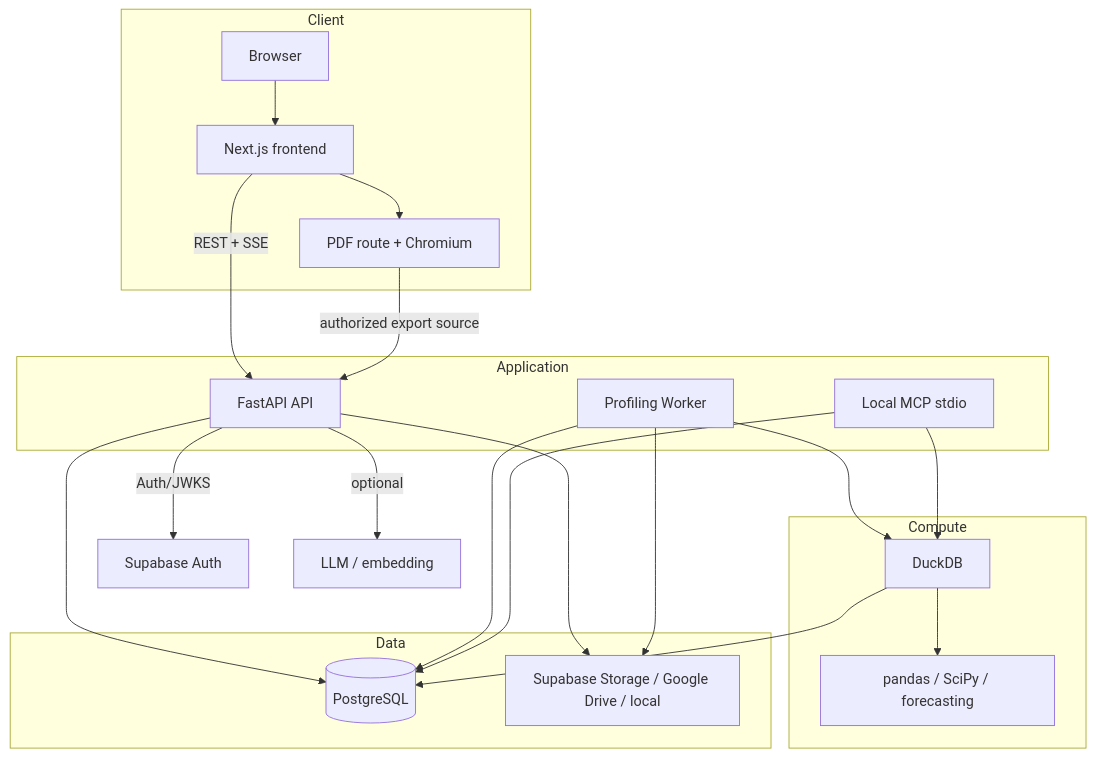
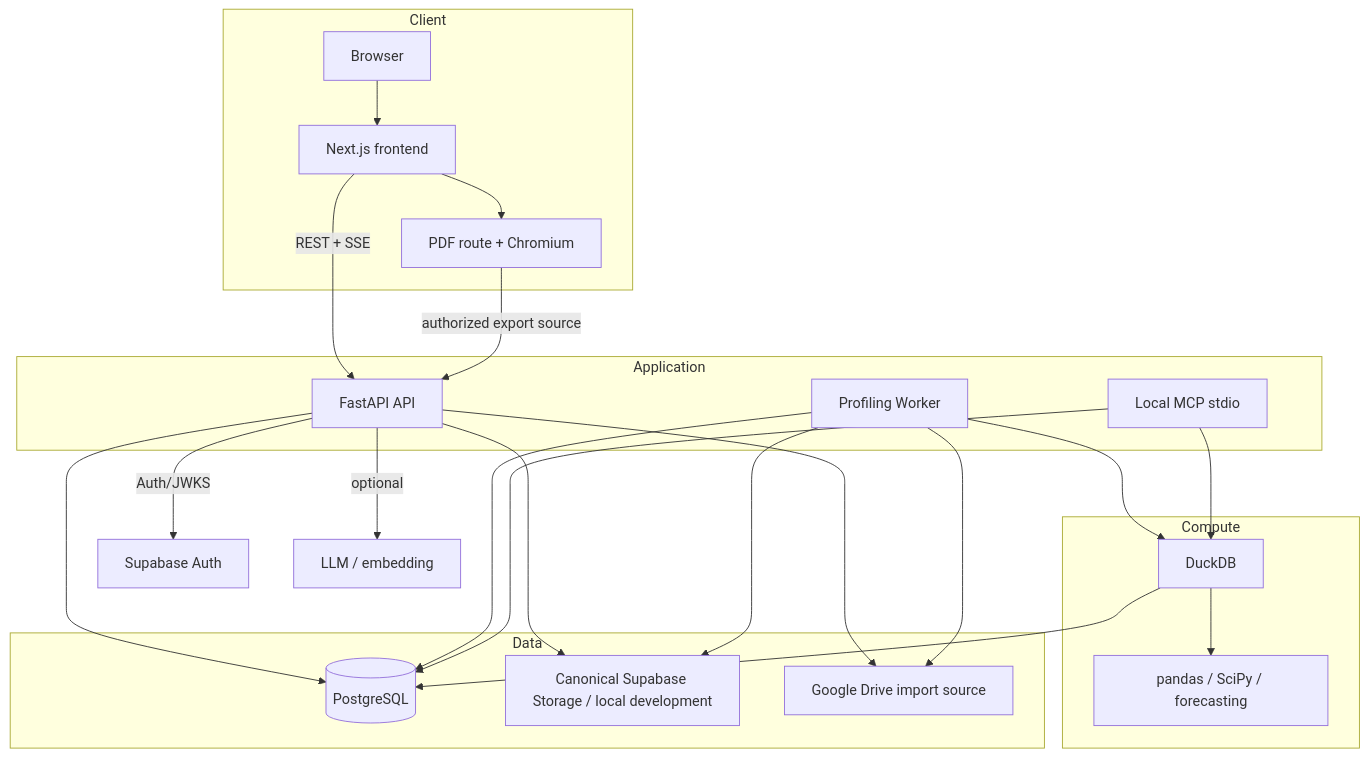
The diagram in docs/architecture/system-overview.md (mhiu05/VDaAgent), drawn with Mermaid before and after one commit. The commit also changed other lines of this file and 1913 other files, not shown here.

````diff
--- a/docs/architecture/system-overview.md
+++ b/docs/architecture/system-overview.md
@@ -19,40 +19,43 @@
 ```mermaid
 flowchart TB
   subgraph Client
     B[Browser]
     F[Next.js frontend]
     P[PDF route + Chromium]
     B --> F
     F --> P
   end
 
   subgraph Application
     A[FastAPI API]
     W[Profiling Worker]
     M[Local MCP stdio]
   end
 
   subgraph Data
     DB[(PostgreSQL)]
-    S[Supabase Storage / Google Drive / local]
+    S[Canonical Supabase Storage / local development]
+    G[Google Drive import source]
   end
 
   subgraph Compute
     D[DuckDB]
     PY[pandas / SciPy / forecasting]
   end
 
   F -->|REST + SSE| A
   P -->|authorized export source| A
   A --> DB
   W --> DB
   A --> S
   W --> S
+  A --> G
+  W --> G
   W --> D
   D --> PY
   D --> DB
   A -->|Auth/JWKS| SA[Supabase Auth]
   A -->|optional| AI[LLM / embedding]
   M --> DB
   M --> D
 ```
````
